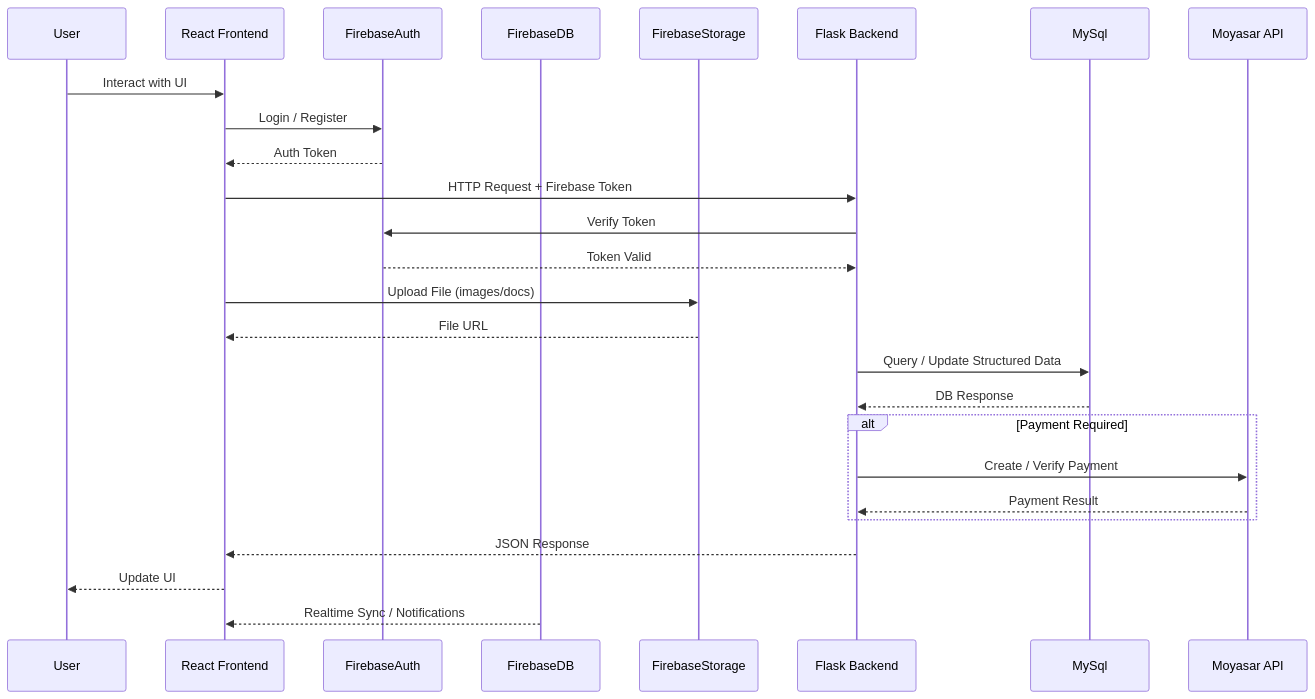
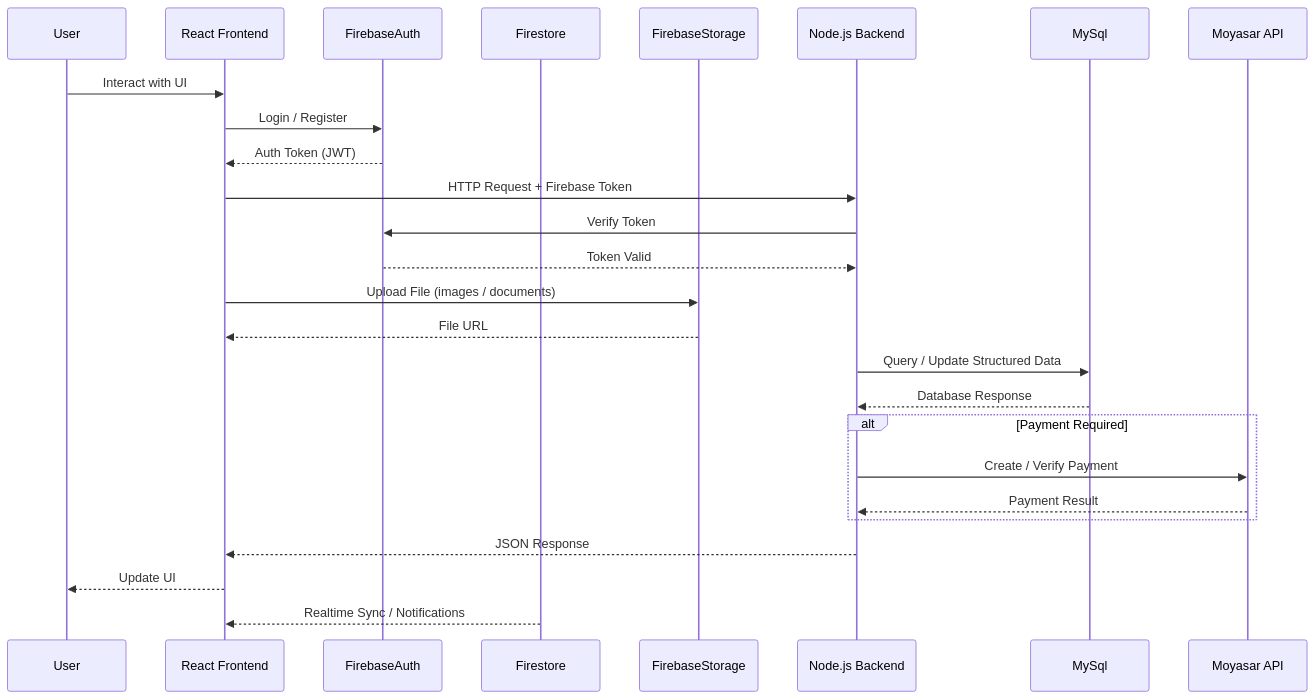
Before and after one commit to aziz5g-tech/holbertonschool-portfolio-project: the second of 2 diagrams in Stage 3/high-level architecture diagram .md, drawn with Mermaid.

Commit message:
Update architecture diagram with backend changes

````diff
--- a/Stage 3/high-level architecture diagram .md
+++ b/Stage 3/high-level architecture diagram .md
@@ -63,44 +63,44 @@
 ```mermaid
 sequenceDiagram
     participant User
     participant React as React Frontend
     participant FirebaseAuth
-    participant FirebaseDB
+    participant FirebaseDB as Firestore
     participant FirebaseStorage
-    participant API as Flask Backend
+    participant API as Node.js Backend
     participant MySql
     participant Moyasar as Moyasar API
 
     %% User Interaction
     User->>React: Interact with UI
 
     %% Authentication
     React->>FirebaseAuth: Login / Register
-    FirebaseAuth-->>React: Auth Token
+    FirebaseAuth-->>React: Auth Token (JWT)
 
     %% Secure API Request
     React->>API: HTTP Request + Firebase Token
     API->>FirebaseAuth: Verify Token
     FirebaseAuth-->>API: Token Valid
 
     %% File Upload Flow
-    React->>FirebaseStorage: Upload File (images/docs)
+    React->>FirebaseStorage: Upload File (images / documents)
     FirebaseStorage-->>React: File URL
 
     %% Business Logic
     API->>MySql: Query / Update Structured Data
-    MySql-->>API: DB Response
+    MySql-->>API: Database Response
 
     %% Payment Flow
     alt Payment Required
         API->>Moyasar: Create / Verify Payment
         Moyasar-->>API: Payment Result
     end
 
     %% Response
     API-->>React: JSON Response
     React-->>User: Update UI
 
     %% Realtime Updates
     FirebaseDB-->>React: Realtime Sync / Notifications
 ```
````
